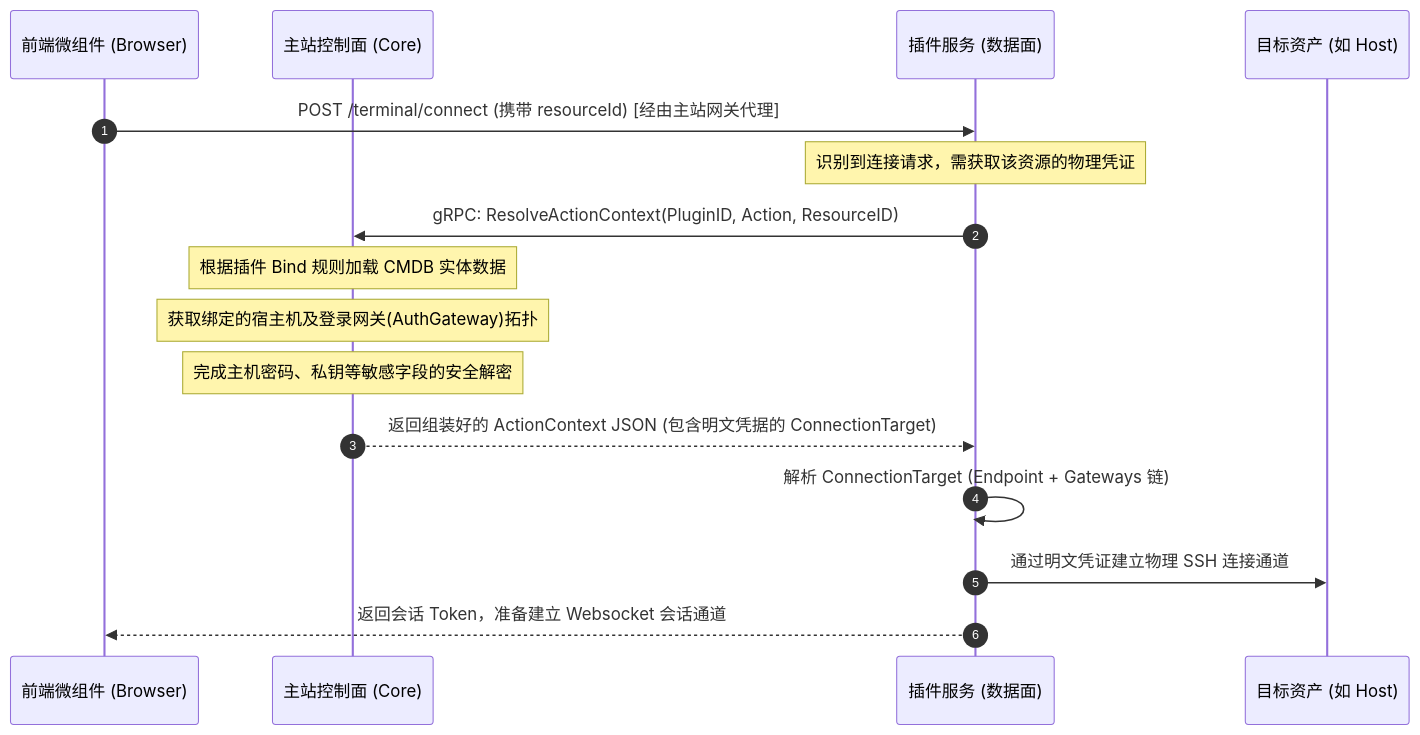
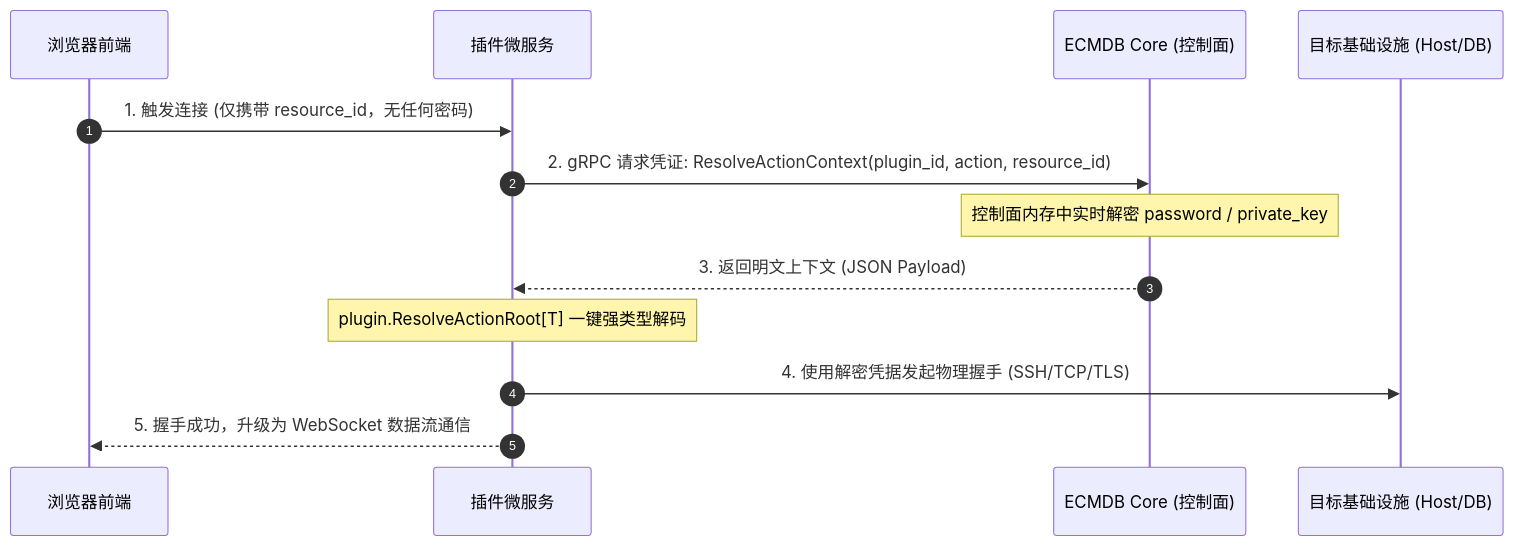
The third of 3 diagrams in docs/runtime-design.md (Duke1616/ecmdb-plugins), drawn with Mermaid before and after one commit. The commit also changed other lines of this file and 6 other files, not shown here.

````diff
--- a/docs/runtime-design.md
+++ b/docs/runtime-design.md
@@ -91,19 +64,16 @@
 ```mermaid
 sequenceDiagram
     autonumber
-    participant UI as 前端微组件 (Browser)
-    participant C as 主站控制面 (Core)
-    participant P as 插件服务 (数据面)
-    participant Target as 目标资产 (如 Host)
+    participant UI as 浏览器前端
+    participant P as 插件微服务
+    participant Core as ECMDB Core (控制面)
+    participant Target as 目标基础设施 (Host/DB)
 
-    UI->>P: POST /terminal/connect (携带 resourceId) [经由主站网关代理]
-    Note over P: 识别到连接请求，需获取该资源的物理凭证
-    P->>C: gRPC: ResolveActionContext(PluginID, Action, ResourceID)
-    Note over C: 根据插件 Bind 规则加载 CMDB 实体数据
-    Note over C: 获取绑定的宿主机及登录网关(AuthGateway)拓扑
-    Note over C: 完成主机密码、私钥等敏感字段的安全解密
-    C-->>P: 返回组装好的 ActionContext JSON (包含明文凭据的 ConnectionTarget)
-    P->>P: 解析 ConnectionTarget (Endpoint + Gateways 链)
-    P->>Target: 通过明文凭证建立物理 SSH 连接通道
-    P-->>UI: 返回会话 Token，准备建立 Websocket 会话通道
+    UI->>P: 1. 触发连接 (仅携带 resource_id，无任何密码)
+    P->>Core: 2. gRPC 请求凭证: ResolveActionContext(plugin_id, action, resource_id)
+    Note over Core: 控制面内存中实时解密 password / private_key
+    Core-->>P: 3. 返回明文上下文 (JSON Payload)
+    Note over P: plugin.ResolveActionRoot[T] 一键强类型解码
+    P->>Target: 4. 使用解密凭据发起物理握手 (SSH/TCP/TLS)
+    P-->>UI: 5. 握手成功，升级为 WebSocket 数据流通信
 ```
````
